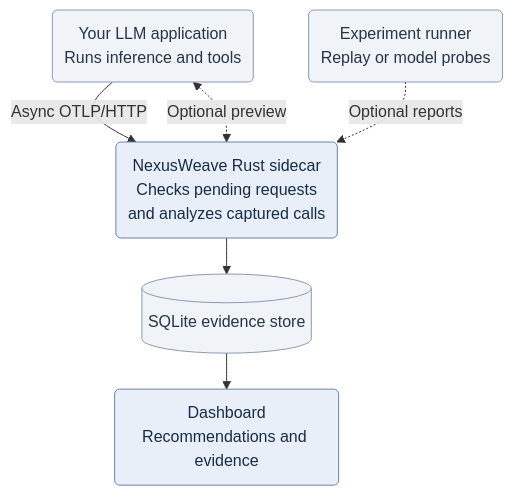
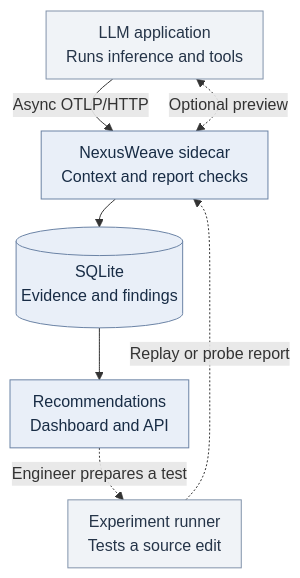
One commit to thakur-ro/A2Context changed the diagram in README.md. Above: the diagram before and after it, drawn with Mermaid. The commit also changed other lines of this file and 25 other files, not shown here.

Commit message:
Open NexusWeave on a conversational workflow briefing

````diff
--- a/README.md
+++ b/README.md
@@ -49,28 +49,29 @@
 ```mermaid
 ---
 config:
   flowchart:
-    nodeSpacing: 24
-    rankSpacing: 36
-    padding: 12
+    nodeSpacing: 22
+    rankSpacing: 28
+    padding: 10
 ---
 flowchart TB
-    accTitle: How NexusWeave runs beside inference
-    accDescr: The application assembles requests, calls the model, and runs tools. It exports telemetry asynchronously to NexusWeave. The sidecar also returns checks on demand and accepts reports from separate experiment runners. SQLite backs the recommendations dashboard.
+    accTitle: NexusWeave sidecar and inference paths
+    accDescr: The application owns inference and tool execution. It exports captured traces asynchronously and can request a synchronous preview. The sidecar checks captured context and verifies reports from a separate experiment runner. SQLite backs the recommendations dashboard, where an engineer can prepare another test.
 
-    App("Your LLM application<br/>Runs inference and tools")
-    Runner("Experiment runner<br/>Replay or model probes")
-    Sidecar("NexusWeave Rust sidecar<br/>Checks pending requests<br/>and analyzes captured calls")
-    Store[("SQLite evidence store")]
-    Dashboard("Dashboard<br/>Recommendations and evidence")
+    App["LLM application<br/>Runs inference and tools"]
+    Runner["Experiment runner<br/>Tests a source edit"]
+    Worker["NexusWeave sidecar<br/>Context and report checks"]
+    Store[("SQLite<br/>Evidence and findings")]
+    Dashboard["Recommendations<br/>Dashboard and API"]
 
-    App -->|"Async OTLP/HTTP"| Sidecar
-    App <-.->|"Optional preview"| Sidecar
-    Runner -.->|"Optional reports"| Sidecar
-    Sidecar --> Store --> Dashboard
+    App -->|"Async OTLP/HTTP"| Worker
+    App <-.->|"Optional preview"| Worker
+    Runner -.->|"Replay or probe report"| Worker
+    Worker --> Store --> Dashboard
+    Dashboard -.->|"Engineer prepares a test"| Runner
 
-    classDef service fill:#e9eff8,stroke:#6b83a5,color:#182c45
-    classDef evidence fill:#f0f3f7,stroke:#8b9bb0,color:#253448
-    class Sidecar,Dashboard service
-    class App,Runner,Store evidence
+    classDef workflow fill:#f0f3f7,stroke:#8293ab,color:#253448
+    classDef analysis fill:#e9eff8,stroke:#6b83a5,color:#182c45
+    class App,Runner workflow
+    class Worker,Store,Dashboard analysis
 ```
````
